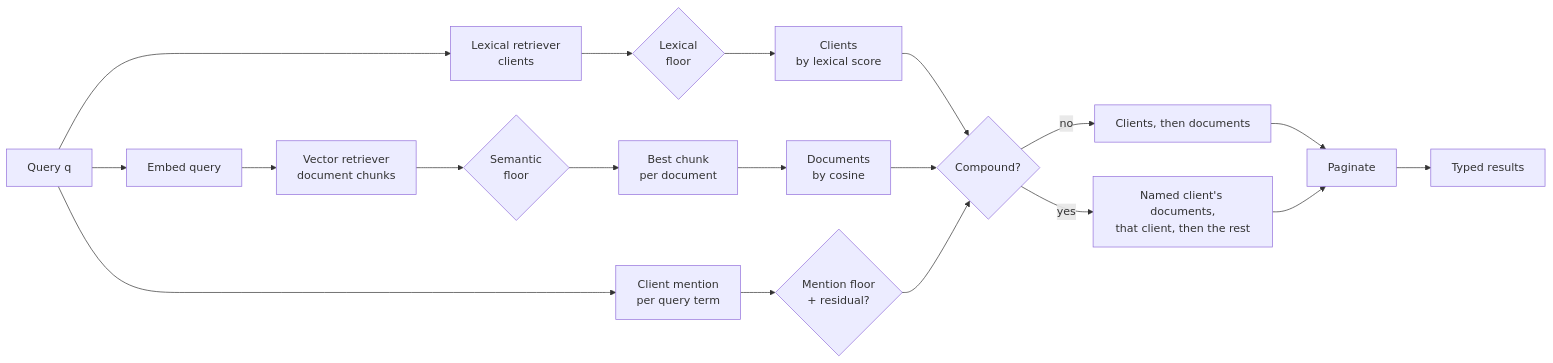
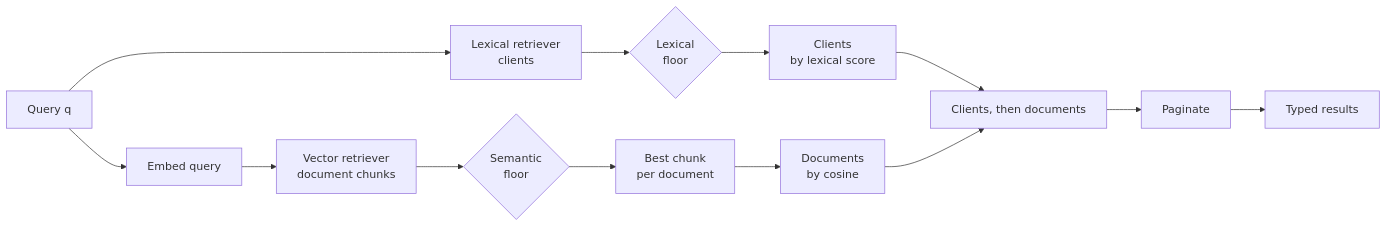
One commit to TsybulskyStepan/unified-search changed the diagram in docs/prd.md. Above: the diagram before and after it, drawn with Mermaid. The commit also changed other lines of this file and 13 other files, not shown here.

````diff
--- a/docs/prd.md
+++ b/docs/prd.md
@@ -202,19 +185,13 @@
 ```mermaid
 flowchart LR
     Q[Query q] --> L[Lexical retriever<br/>clients]
-    Q --> M[Client mention<br/>per query term]
     Q --> E[Embed query]
     E --> S[Vector retriever<br/>document chunks]
     L --> LF{Lexical<br/>floor}
     S --> SF{Semantic<br/>floor}
-    M --> MF{Mention floor<br/>+ residual?}
     LF --> LR[Clients<br/>by lexical score]
     SF --> B[Best chunk<br/>per document] --> SR[Documents<br/>by cosine]
-    LR --> C{Compound?}
-    SR --> C
-    MF --> C
-    C -->|no| D[Clients, then documents]
-    C -->|yes| N[Named client's documents,<br/>that client, then the rest]
+    LR --> D[Clients, then documents]
+    SR --> D
     D --> P[Paginate] --> R[Typed results]
-    N --> P
 ```
````
